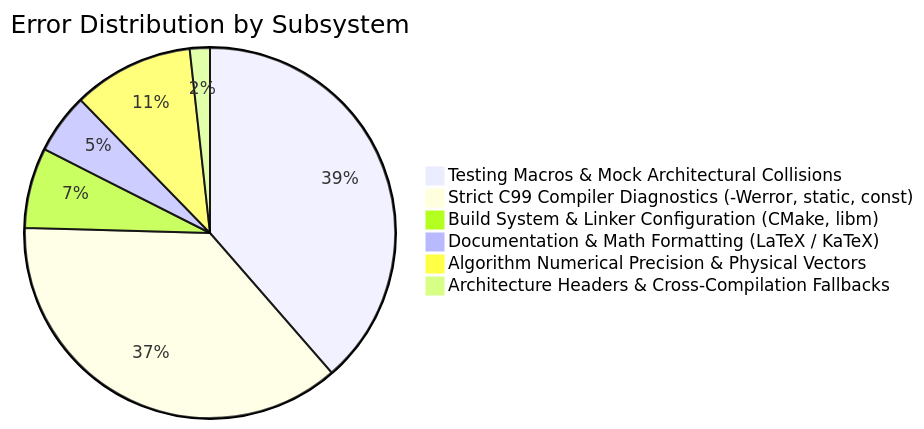
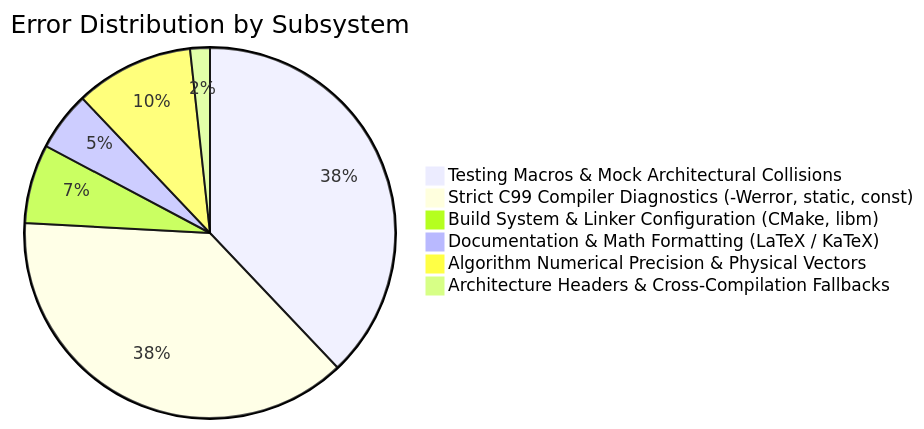
One commit to Thejus26/rain-predict changed the diagram in context/errors/README.md. Above: the diagram before and after it, drawn with Mermaid. The commit also changed other lines of this file and 3 other files, not shown here.

````diff
--- a/context/errors/README.md
+++ b/context/errors/README.md
@@ -74,9 +75,9 @@
 ```mermaid
 pie title Error Distribution by Subsystem
     "Testing Macros & Mock Architectural Collisions" : 22
-    "Strict C99 Compiler Diagnostics (-Werror, static, const)" : 21
+    "Strict C99 Compiler Diagnostics (-Werror, static, const)" : 22
     "Build System & Linker Configuration (CMake, libm)" : 4
     "Documentation & Math Formatting (LaTeX / KaTeX)" : 3
     "Algorithm Numerical Precision & Physical Vectors" : 6
     "Architecture Headers & Cross-Compilation Fallbacks" : 1
 ```
````
